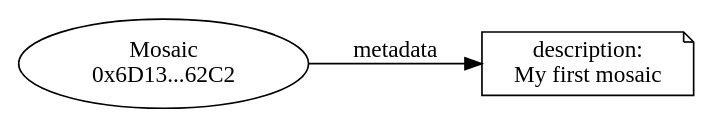
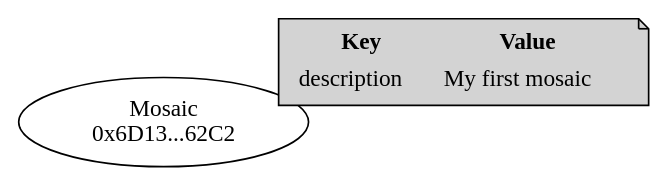
The diagram in mkdocs/pages/en/devbook/mosaics/mosaic-metadata.md (symbol/symbol), drawn with Graphviz before and after one commit. The commit also changed other lines of this file and 4 other files, not shown here.

````diff
--- a/mkdocs/pages/en/devbook/mosaics/mosaic-metadata.md
+++ b/mkdocs/pages/en/devbook/mosaics/mosaic-metadata.md
@@ -13,8 +13,13 @@
 ```dot
 digraph {
-    rankdir="LR";
-    Mosaic [label="Mosaic\n0x6D13...62C2" tooltip="Mosaic"];
-    Metadata [label="description:\nMy first mosaic" tooltip="Metadata entry" shape=note];
-    Mosaic -> Metadata [label="metadata"];
+    layout="neato";
+    Mosaic [label="Mosaic\n0x6D13...62C2" tooltip="Mosaic" pos="0,0!"];
+    Metadata [
+        style=filled
+        class=metadata
+        label=<<table border="0"><tr><td><b>Key</b></td><td><b>Value</b></td></tr><tr><td>description</td><td>My first mosaic</td></tr></table>>
+        tooltip="Metadata entry"
+        shape=note
+        pos="2.5,0.5!"];
 }
 ```
````
